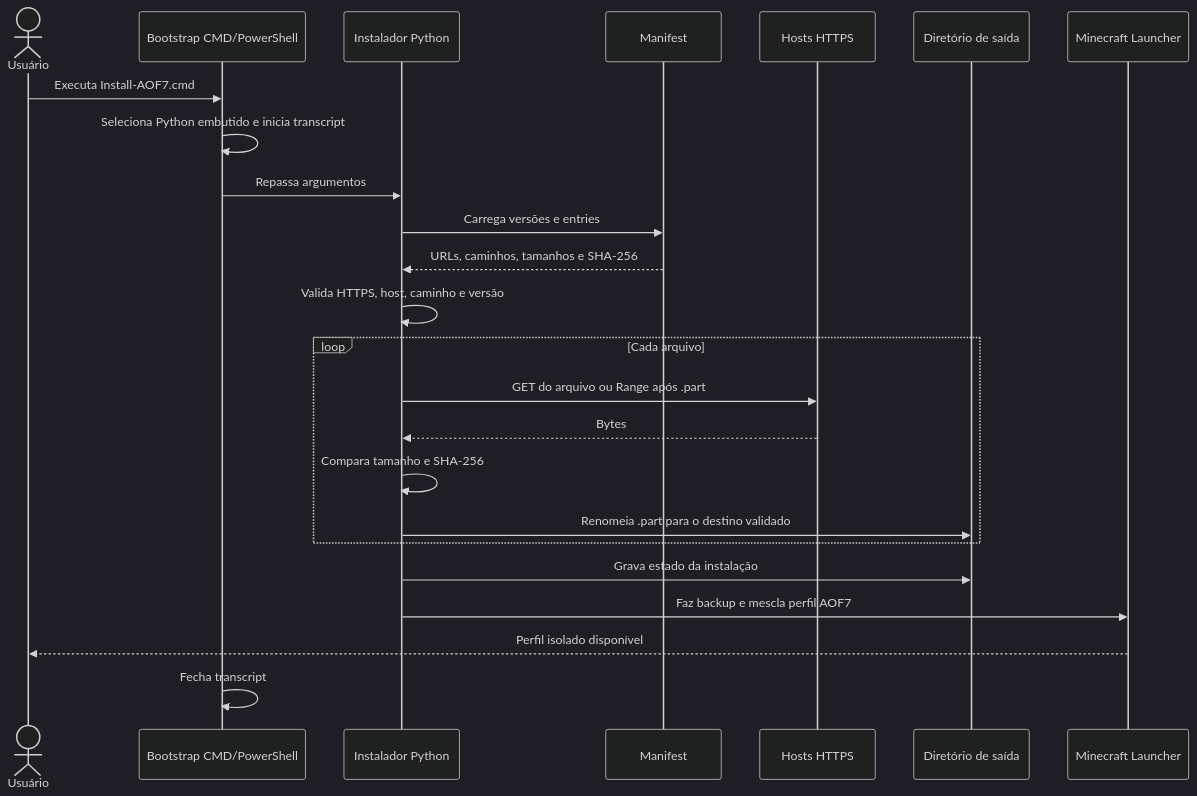
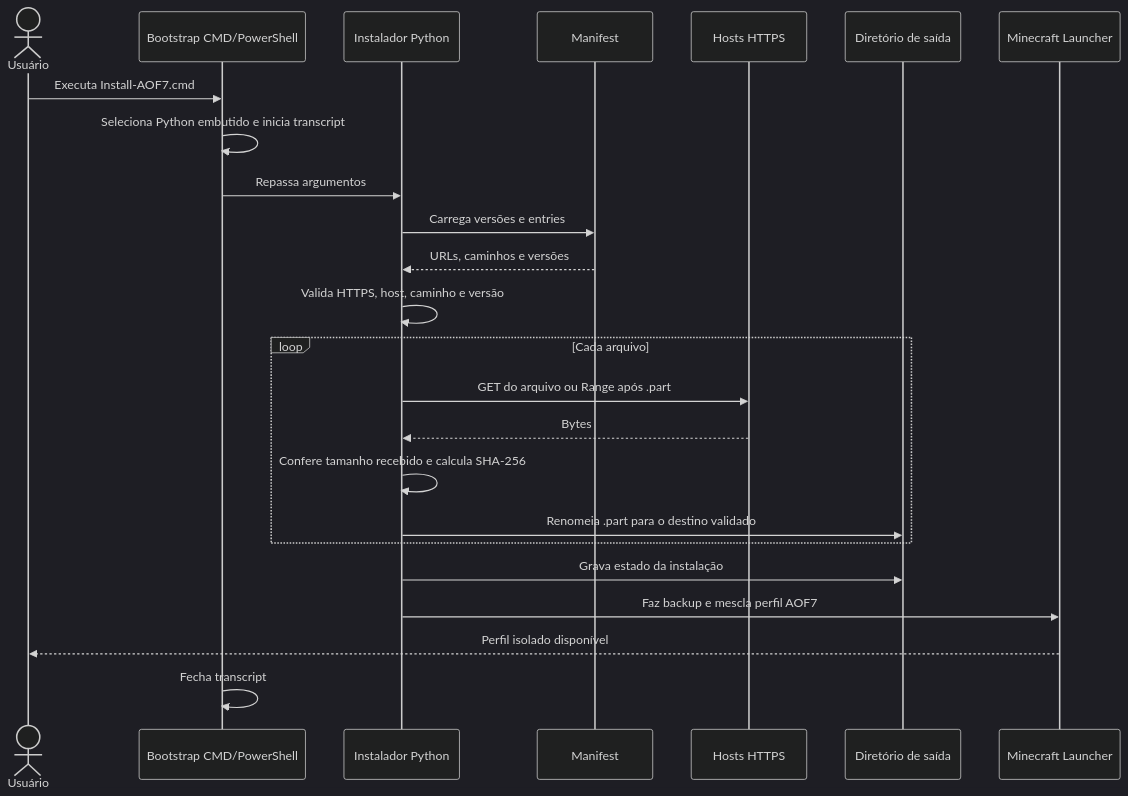
Before and after one commit to venysssssssssss/only-bangers-mine-server: the second of 6 diagrams in docs/architecture.md, drawn with Mermaid (dark theme). The commit also changed other lines of this file and 7 other files, not shown here.

````diff
--- a/docs/architecture.md
+++ b/docs/architecture.md
@@ -48,27 +48,27 @@
 ```mermaid
 sequenceDiagram
     actor U as Usuário
     participant B as Bootstrap CMD/PowerShell
     participant I as Instalador Python
     participant M as Manifest
     participant H as Hosts HTTPS
     participant O as Diretório de saída
     participant L as Minecraft Launcher
 
     U->>B: Executa Install-AOF7.cmd
     B->>B: Seleciona Python embutido e inicia transcript
     B->>I: Repassa argumentos
     I->>M: Carrega versões e entries
-    M-->>I: URLs, caminhos, tamanhos e SHA-256
+    M-->>I: URLs, caminhos e versões
     I->>I: Valida HTTPS, host, caminho e versão
     loop Cada arquivo
         I->>H: GET do arquivo ou Range após .part
         H-->>I: Bytes
-        I->>I: Compara tamanho e SHA-256
+        I->>I: Confere tamanho recebido e calcula SHA-256
         I->>O: Renomeia .part para o destino validado
     end
     I->>O: Grava estado da instalação
     I->>L: Faz backup e mescla perfil AOF7
     L-->>U: Perfil isolado disponível
     B->>B: Fecha transcript
 ```
````
